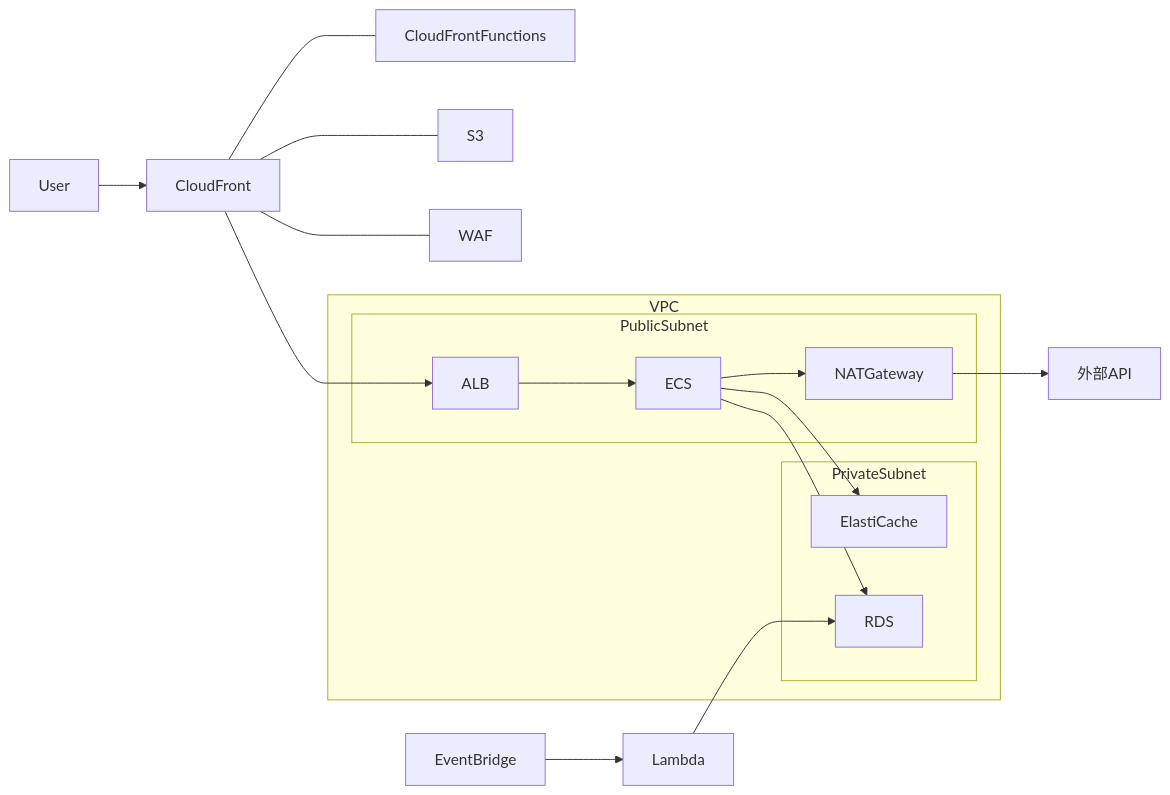
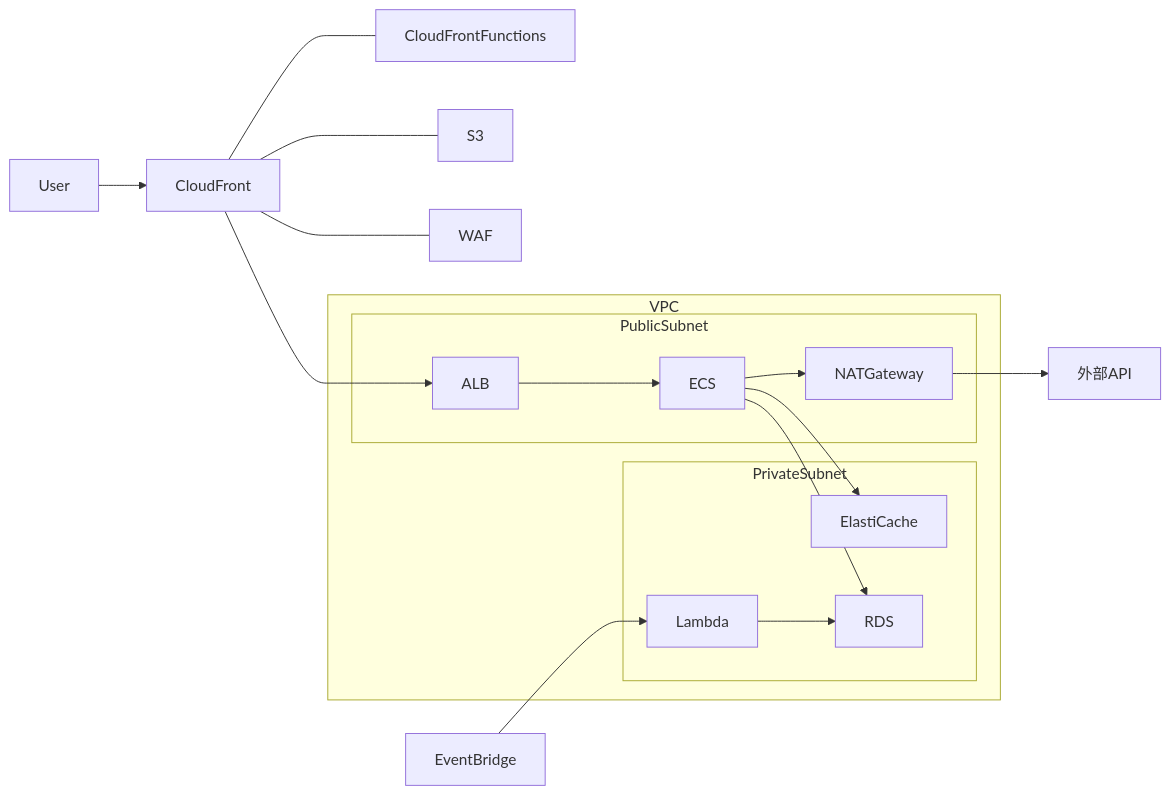
One commit to watarukura/zenn-content changed the first of 2 diagrams in articles/20251129-eg9iksttdciehu5y06ppovaffusa.md. Above: the diagram before and after it, drawn with Mermaid.

Commit message:
fix: vpc lambda

````diff
--- a/articles/20251129-eg9iksttdciehu5y06ppovaffusa.md
+++ b/articles/20251129-eg9iksttdciehu5y06ppovaffusa.md
@@ -17,18 +17,19 @@
 ```mermaid
 graph LR
   User --> CloudFront --> ALB --> ECS --> RDS & ElastiCache
   CloudFront --- WAF & S3 & CloudFrontFunctions
   ECS --> NATGateway --> 外部API
   EventBridge --> Lambda --> RDS
   subgraph VPC
     subgraph PrivateSubnet
         RDS
         ElastiCache
+        Lambda
     end
     subgraph PublicSubnet
         ALB
         ECS
         NATGateway
     end
   end
 ```
````
